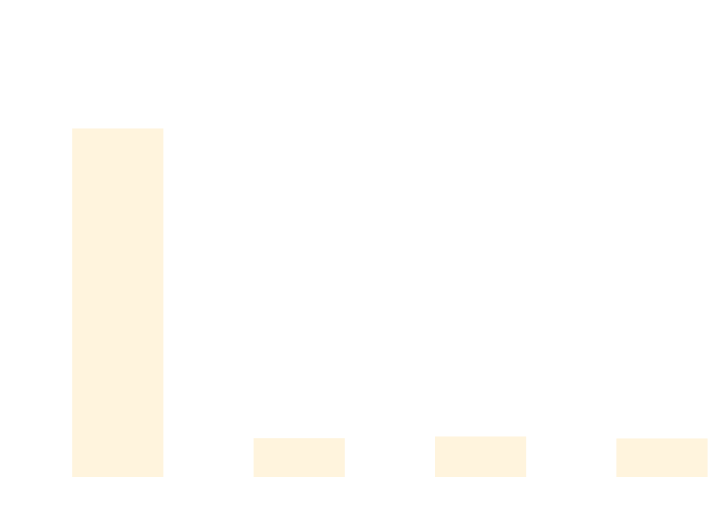
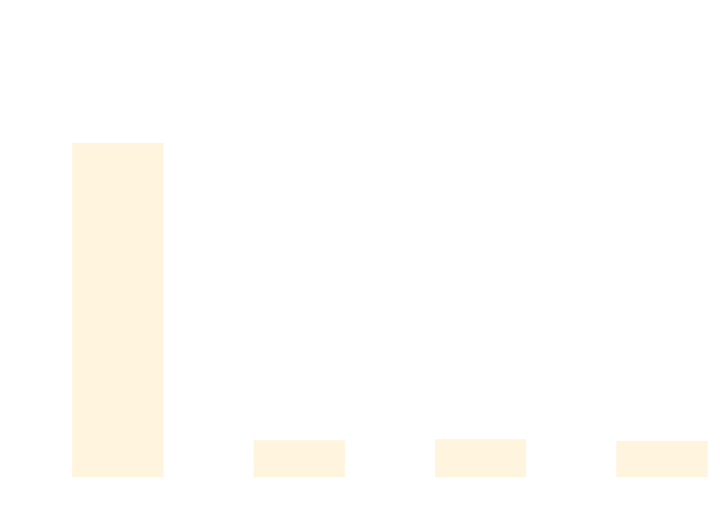
One commit to thomhurst/TUnit changed the diagram in docs/docs/benchmarks/BuildTime.md. Above: the diagram before and after it, drawn with Mermaid. The commit also changed other lines of this file and 17 other files, not shown here.

````diff
--- a/docs/docs/benchmarks/BuildTime.md
+++ b/docs/docs/benchmarks/BuildTime.md
@@ -28,37 +28,37 @@
 ```mermaid
 %%{init: {
   'theme':'base',
   'themeVariables': {
     'primaryColor': '#2563eb',
     'primaryTextColor': '#ffffff',
     'primaryBorderColor': '#1e40af',
     'lineColor': '#6b7280',
     'secondaryColor': '#7c3aed',
     'tertiaryColor': '#dc2626',
     'background': '#ffffff',
     'mainBkg': '#2563eb',
     'secondBkg': '#7c3aed',
     'tertiaryBkg': '#dc2626',
     'clusterBkg': '#f3f4f6',
     'edgeLabelBackground': '#ffffff',
     'tertiaryTextColor': '#1f2937',
     'pie1': '#2563eb',
     'pie2': '#7c3aed',
     'pie3': '#dc2626',
     'pie4': '#f59e0b',
     'pie5': '#10b981',
     'pie6': '#06b6d4',
     'pie7': '#ec4899',
     'pie8': '#6366f1',
     'pie9': '#84cc16',
     'pie10': '#f97316',
     'pie11': '#14b8a6',
     'pie12': '#a855f7'
   }
 }}%%
 xychart-beta
   title "Build Time Comparison"
   x-axis ["Build_TUnit", "Build_NUnit", "Build_MSTest", "Build_xUnit3"]
   y-axis "Time (s)" 0 --> 22
-  bar [18.317, 1.658, 1.749, 1.643]
+  bar [17.545, 1.546, 1.604, 1.516]
 ```
````
